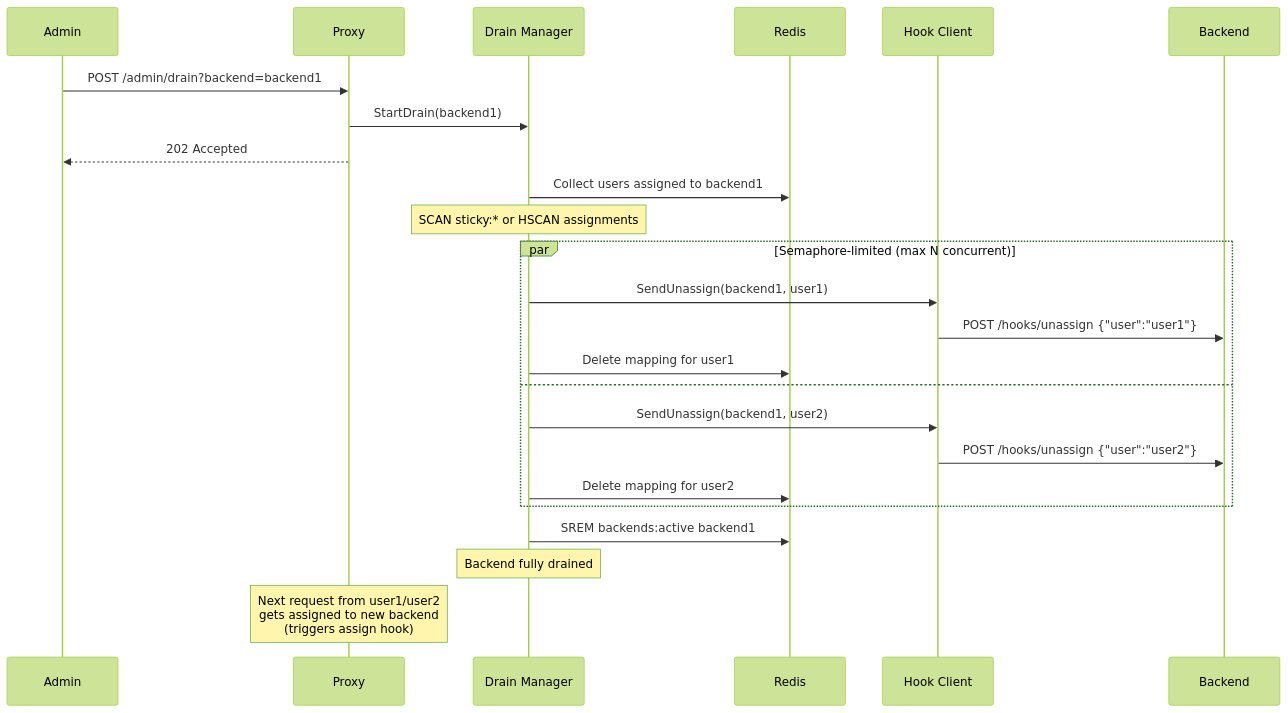
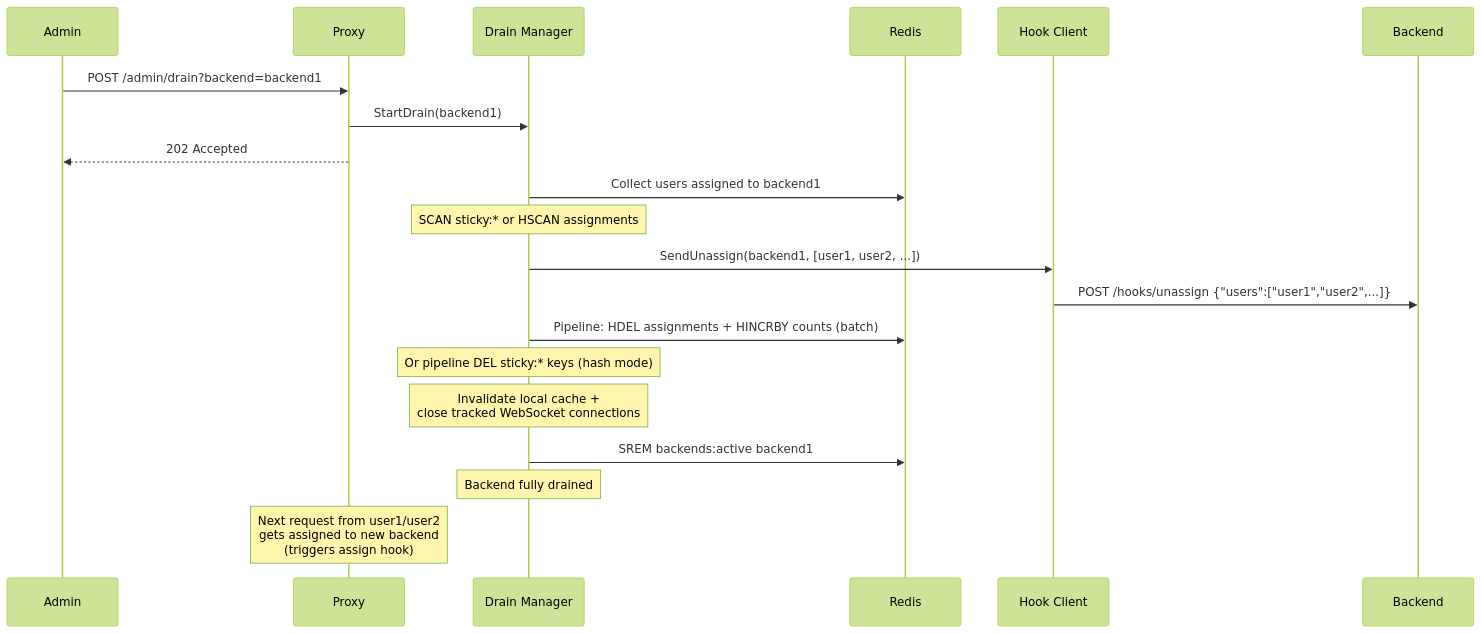
The fifth of 10 diagrams in README.md (awesome-net-dev/sticky-proxy), drawn with Mermaid (forest theme) before and after one commit. The commit also changed other lines of this file and 5 other files, not shown here.

First line of the commit message:
chore: update README and remove unused maxConcurrent params

````diff
--- a/README.md
+++ b/README.md
@@ -187,31 +187,29 @@
 ```mermaid
 sequenceDiagram
     participant Admin as Admin
     participant P as Proxy
     participant DR as Drain Manager
     participant R as Redis
     participant HK as Hook Client
     participant B as Backend
 
     Admin->>P: POST /admin/drain?backend=backend1
     P->>DR: StartDrain(backend1)
     P-->>Admin: 202 Accepted
 
     DR->>R: Collect users assigned to backend1
     Note over DR: SCAN sticky:* or HSCAN assignments
 
-    par Semaphore-limited (max N concurrent)
-        DR->>HK: SendUnassign(backend1, user1)
-        HK->>B: POST /hooks/unassign {"user":"user1"}
-        DR->>R: Delete mapping for user1
-    and
-        DR->>HK: SendUnassign(backend1, user2)
-        HK->>B: POST /hooks/unassign {"user":"user2"}
-        DR->>R: Delete mapping for user2
-    end
+    DR->>HK: SendUnassign(backend1, [user1, user2, ...])
+    HK->>B: POST /hooks/unassign {"users":["user1","user2",...]}
+
+    DR->>R: Pipeline: HDEL assignments + HINCRBY counts (batch)
+    Note over DR: Or pipeline DEL sticky:* keys (hash mode)
+
+    Note over DR: Invalidate local cache +<br/>close tracked WebSocket connections
 
     DR->>R: SREM backends:active backend1
     Note over DR: Backend fully drained
 
     Note over P: Next request from user1/user2<br/>gets assigned to new backend<br/>(triggers assign hook)
 ```
````
